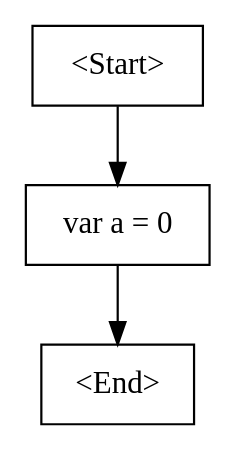
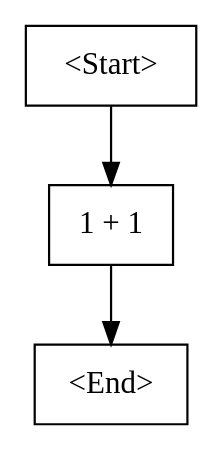
The diagram in cfg.dot (jayshiai/Cyclone), drawn with Graphviz before and after one commit. The commit also changed 8 other files, not shown here.

```diff
--- a/cfg.dot
+++ b/cfg.dot
@@ -1,8 +1,8 @@
 digraph G {
     N0 [label = "<Start>" shape = box]
-    N1 [label = "var a = 0
+    N1 [label = "1 + 1
 " shape = box]
     N2 [label = "<End>" shape = box]
     N0 -> N1 [label = ""]
     N1 -> N2 [label = ""]
 }
```
